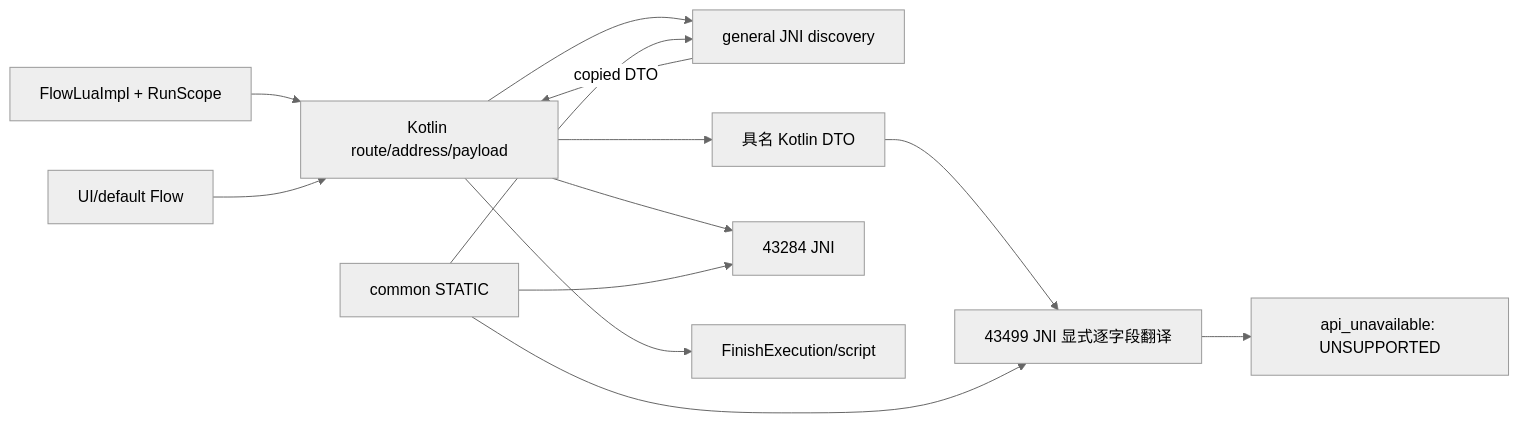
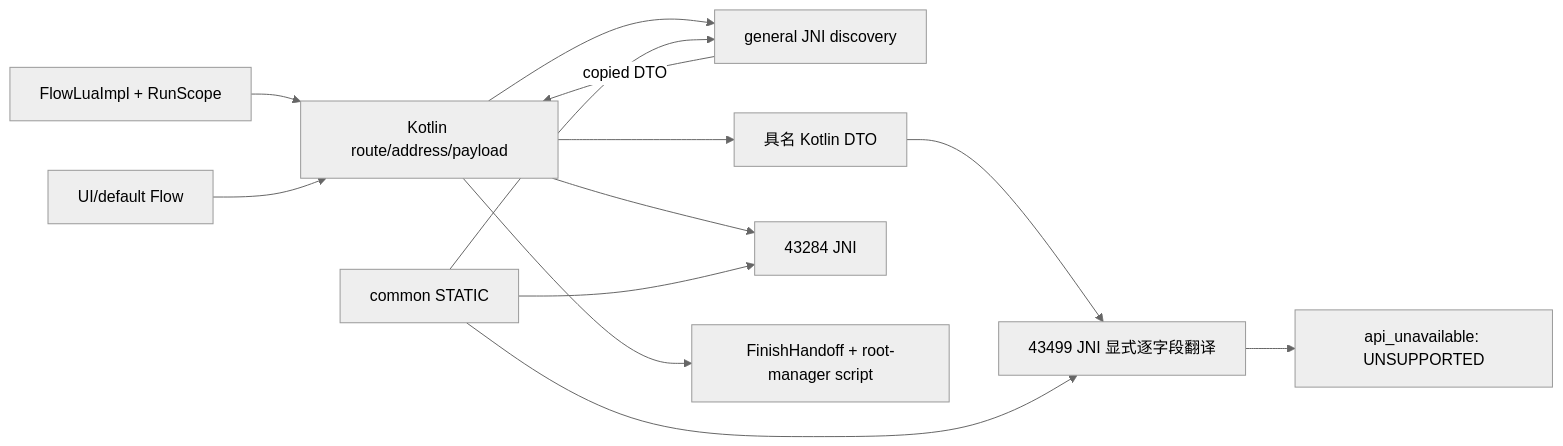
One commit to YuKongA/ghostlock-app changed diagram 21 of 37 in docs/development/full-process-uml.md. Above: the diagram before and after it, drawn with Mermaid (neutral theme). The commit also changed other lines of this file and 98 other files, not shown here.

Commit message:
docs(project): record architecture and verification changes

````diff
--- a/docs/development/full-process-uml.md
+++ b/docs/development/full-process-uml.md
@@ -728,15 +728,15 @@
 ```mermaid
 flowchart LR
   Lua[FlowLuaImpl + RunScope] --> K[Kotlin route/address/payload]
   UI[UI/default Flow] --> K
   K --> C[general JNI discovery]
   C -->|copied DTO| K
   K --> T[具名 Kotlin DTO]
   T --> B4[43499 JNI 显式逐字段翻译]
   B4 --> U[api_unavailable: UNSUPPORTED]
   K --> B2[43284 JNI]
   G[common STATIC] --> C
   G --> B4
   G --> B2
-  K --> F[FinishExecution/script]
+  K --> F[FinishHandoff + root-manager script]
 ```
````
